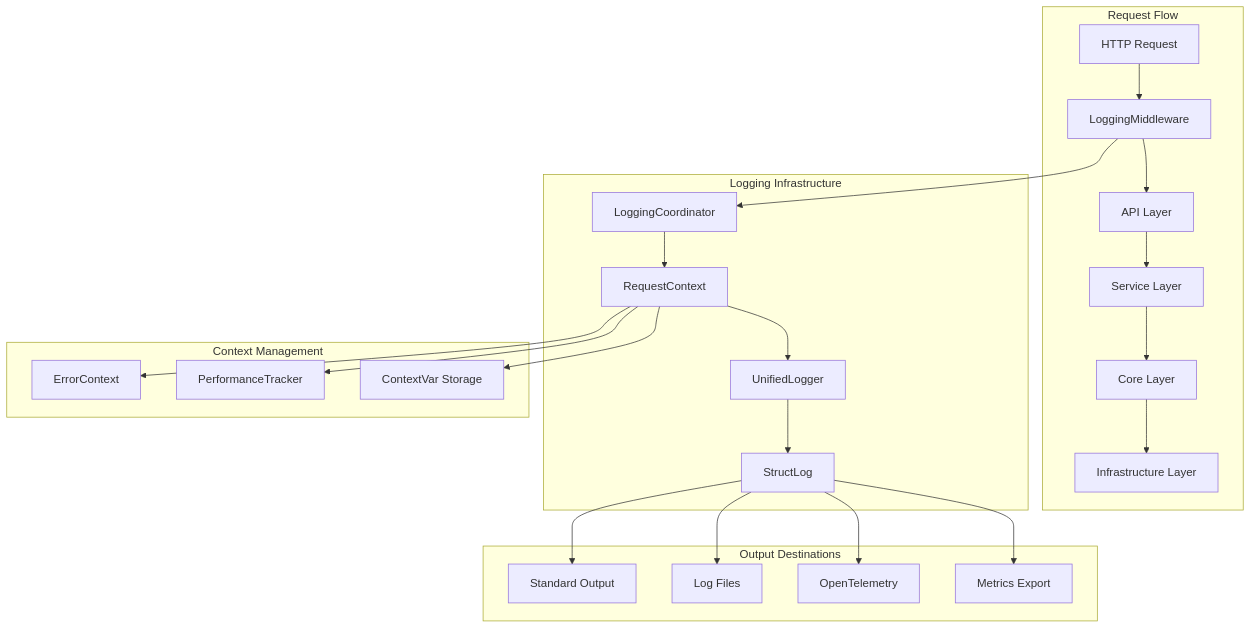
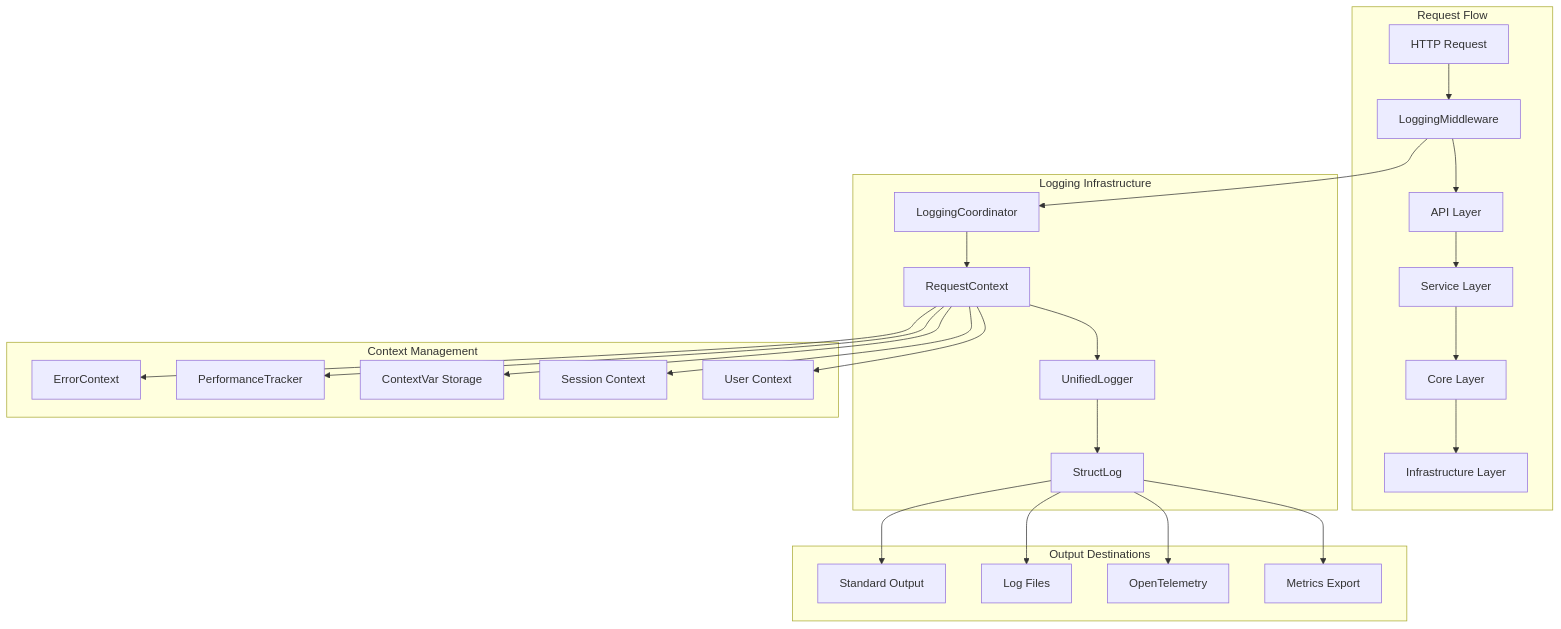
One commit to FaultMaven/FaultMaven-Mono changed the first of 7 diagrams in docs/logging/architecture.md. Above: the diagram before and after it, drawn with Mermaid. The commit also changed other lines of this file and 136 other files, not shown here.

First line of the commit message:
feat: complete logging system implementation and architectural purification

````diff
--- a/docs/logging/architecture.md
+++ b/docs/logging/architecture.md
@@ -22,30 +22,32 @@
 ```mermaid
 graph TB
     subgraph "Request Flow"
         HTTP[HTTP Request] --> MW[LoggingMiddleware]
         MW --> API[API Layer]
         API --> SVC[Service Layer]
         SVC --> CORE[Core Layer]
         CORE --> INFRA[Infrastructure Layer]
     end
     
     subgraph "Logging Infrastructure"
         MW --> LC[LoggingCoordinator]
         LC --> RC[RequestContext]
         RC --> UL[UnifiedLogger]
         UL --> SL[StructLog]
     end
     
     subgraph "Context Management"
         RC --> EC[ErrorContext]
         RC --> PT[PerformanceTracker]
         RC --> CV[ContextVar Storage]
+        RC --> SC[Session Context]
+        RC --> UC[User Context]
     end
     
     subgraph "Output Destinations"
         SL --> STDOUT[Standard Output]
         SL --> FILE[Log Files]
         SL --> OTEL[OpenTelemetry]
         SL --> METRICS[Metrics Export]
     end
 ```
````
